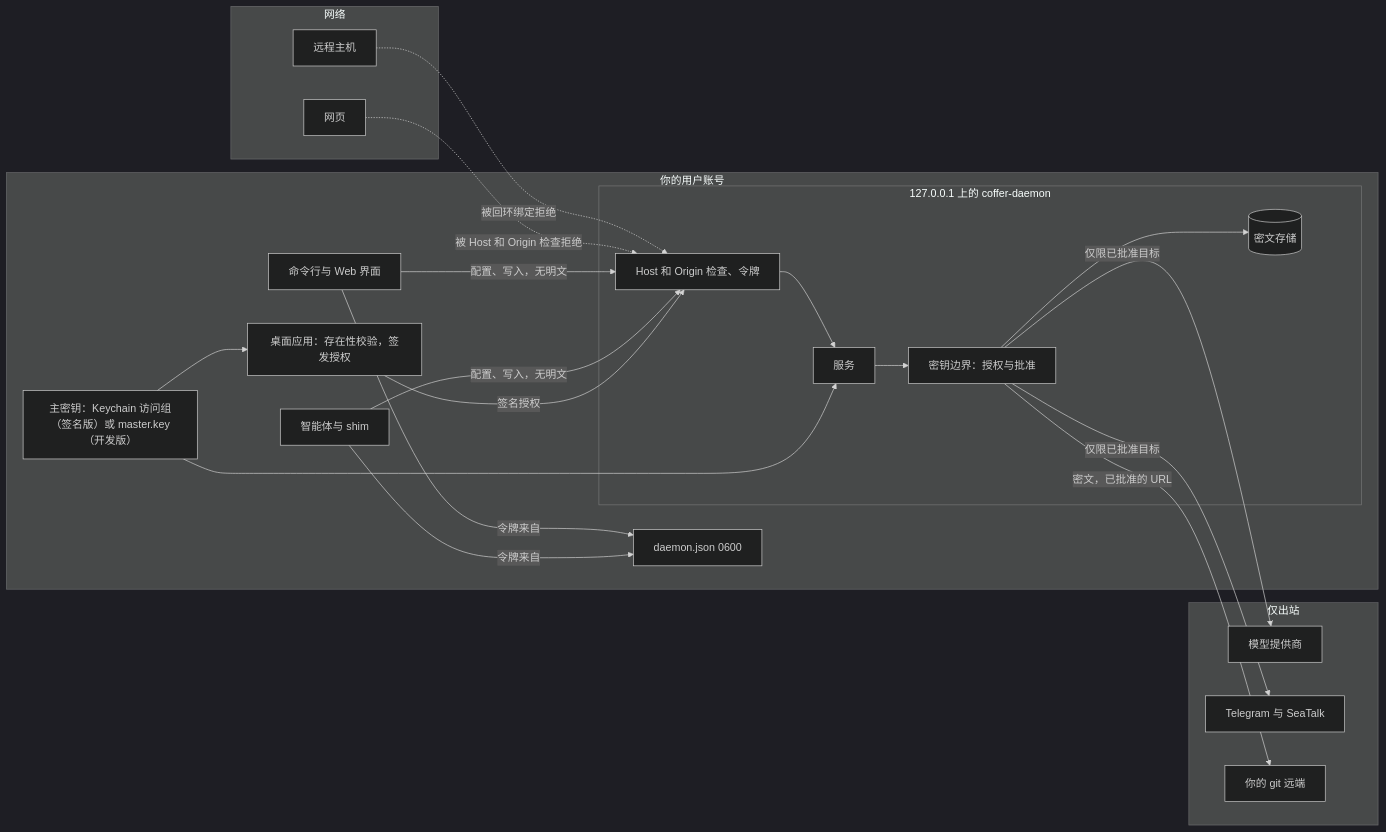
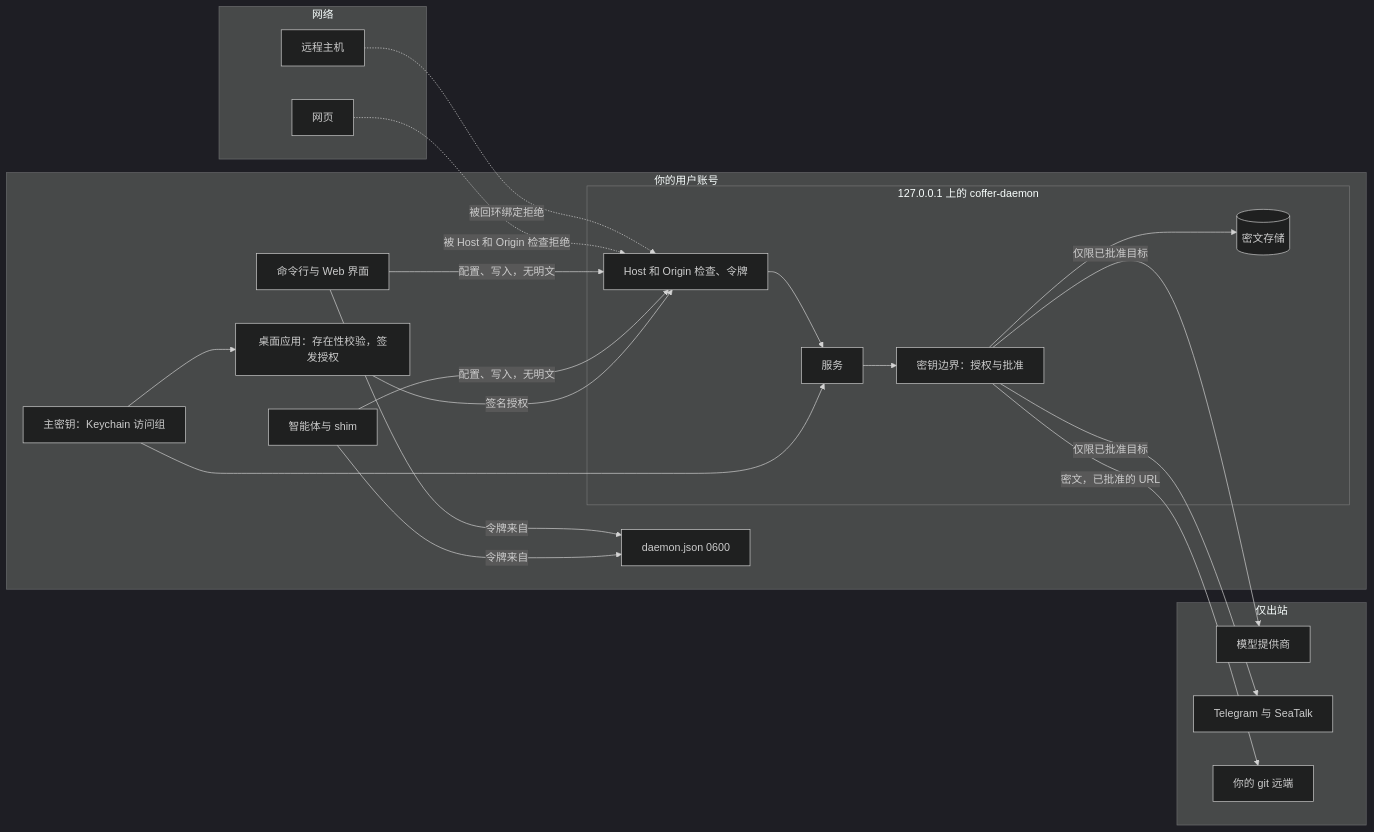
The diagram in docs-site/zh/architecture/security.md (wyx-sg/Coffer), drawn with Mermaid (dark theme) before and after one commit. The commit also changed other lines of this file and 56 other files, not shown here.

First line of the commit message:
docs: fix Mermaid diagrams and describe the master key as Keychain-only (#619)

````diff
--- a/docs-site/zh/architecture/security.md
+++ b/docs-site/zh/architecture/security.md
@@ -84,40 +78,40 @@
 ```mermaid
 flowchart LR
   subgraph net["网络"]
     REMOTE["远程主机"]
     WEBPAGE["网页"]
   end
   subgraph user["你的用户账号"]
     AGENTS["智能体与 shim"]
     CLIENTS["命令行与 Web 界面"]
     DJ["daemon.json 0600"]
     subgraph daemon["127.0.0.1 上的 coffer-daemon"]
       GUARD["Host 和 Origin 检查、令牌"]
       CORE["服务"]
       GATE["密钥边界：授权与批准"]
       STORE[("密文存储")]
     end
     APP["桌面应用：存在性校验，签发授权"]
-    KEY["主密钥：Keychain 访问组（签名版）或 master.key（开发版）"]
+    KEY["主密钥：Keychain 访问组"]
   end
   subgraph ext["仅出站"]
     PROV["模型提供商"]
     IM["Telegram 与 SeaTalk"]
     GIT["你的 git 远端"]
   end
   REMOTE -.->|"被回环绑定拒绝"| GUARD
   WEBPAGE -.->|"被 Host 和 Origin 检查拒绝"| GUARD
   CLIENTS -->|令牌来自| DJ
   AGENTS -->|令牌来自| DJ
   CLIENTS -->|"配置、写入，无明文"| GUARD
   AGENTS -->|"配置、写入，无明文"| GUARD
   APP -->|"签名授权"| GUARD
   GUARD --> CORE
   CORE --> GATE
   GATE --> STORE
   KEY --> CORE
   KEY --> APP
   GATE -->|"仅限已批准目标"| PROV
   GATE -->|"仅限已批准目标"| IM
   GATE -->|"密文，已批准的 URL"| GIT
 ```
````
